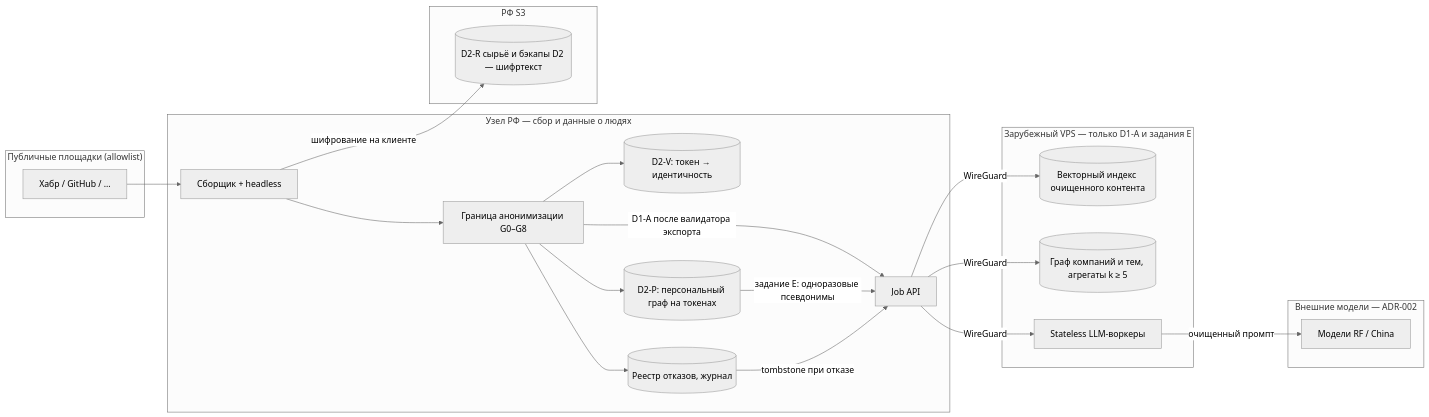
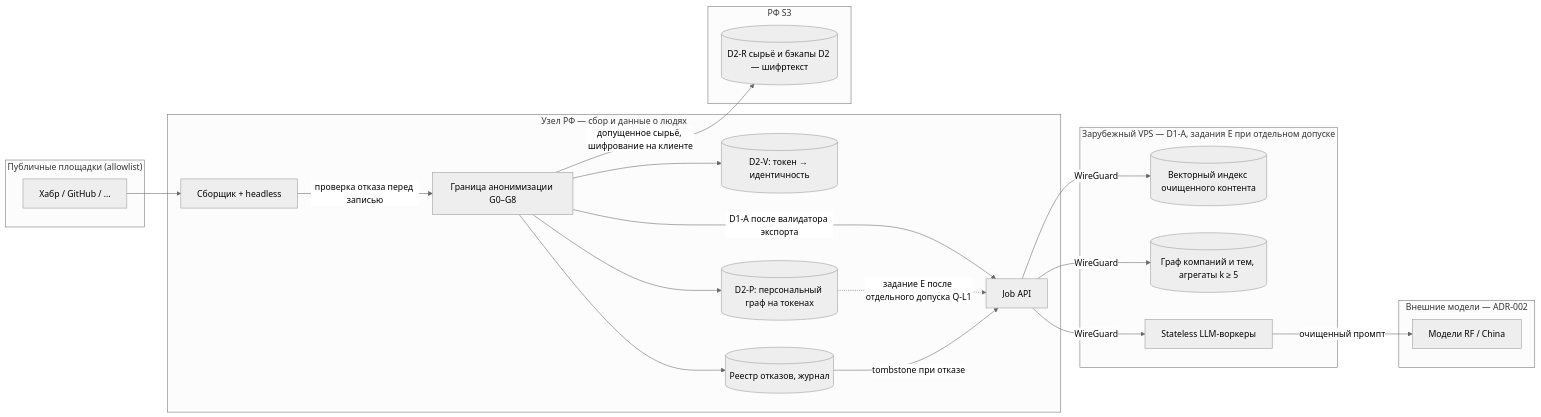
Before and after one commit to G-Ivan-A/aether-orbis: the ninth of 10 diagrams in docs/architecture.md, drawn with Mermaid (neutral theme). The commit also changed other lines of this file and 11 other files, not shown here.

````diff
--- a/docs/architecture.md
+++ b/docs/architecture.md
@@ -315,39 +320,39 @@
 ```mermaid
 graph LR
     subgraph SRC["Публичные площадки (allowlist)"]
         W[Хабр / GitHub / ...]
     end
     subgraph RU["Узел РФ — сбор и данные о людях"]
         F[Сборщик + headless]
         G[Граница анонимизации G0–G8]
         V[(D2-V: токен → идентичность)]
         P[(D2-P: персональный граф на токенах)]
         R[(Реестр отказов, журнал)]
         J[Job API]
     end
     subgraph RS3["РФ S3"]
         S[(D2-R сырьё и бэкапы D2 — шифртекст)]
     end
-    subgraph EU["Зарубежный VPS — только D1-A и задания E"]
+    subgraph EU["Зарубежный VPS — D1-A, задания E при отдельном допуске"]
         Q[(Векторный индекс очищенного контента)]
         AG[(Граф компаний и тем, агрегаты k ≥ 5)]
         LW[Stateless LLM-воркеры]
     end
     subgraph EXTP["Внешние модели — ADR-002"]
         M[Модели RF / China]
     end
 
     W --> F
-    F -->|шифрование на клиенте| S
-    F --> G
+    F -->|проверка отказа перед записью| G
+    G -->|допущенное сырьё, шифрование на клиенте| S
     G --> V
     G --> P
     G --> R
     G -->|D1-A после валидатора экспорта| J
-    P -->|задание E: одноразовые псевдонимы| J
+    P -.->|задание E после отдельного допуска Q-L1| J
     J -->|WireGuard| Q
     J -->|WireGuard| AG
     J -->|WireGuard| LW
     LW -->|очищенный промпт| M
     R -->|tombstone при отказе| J
 ```
````
